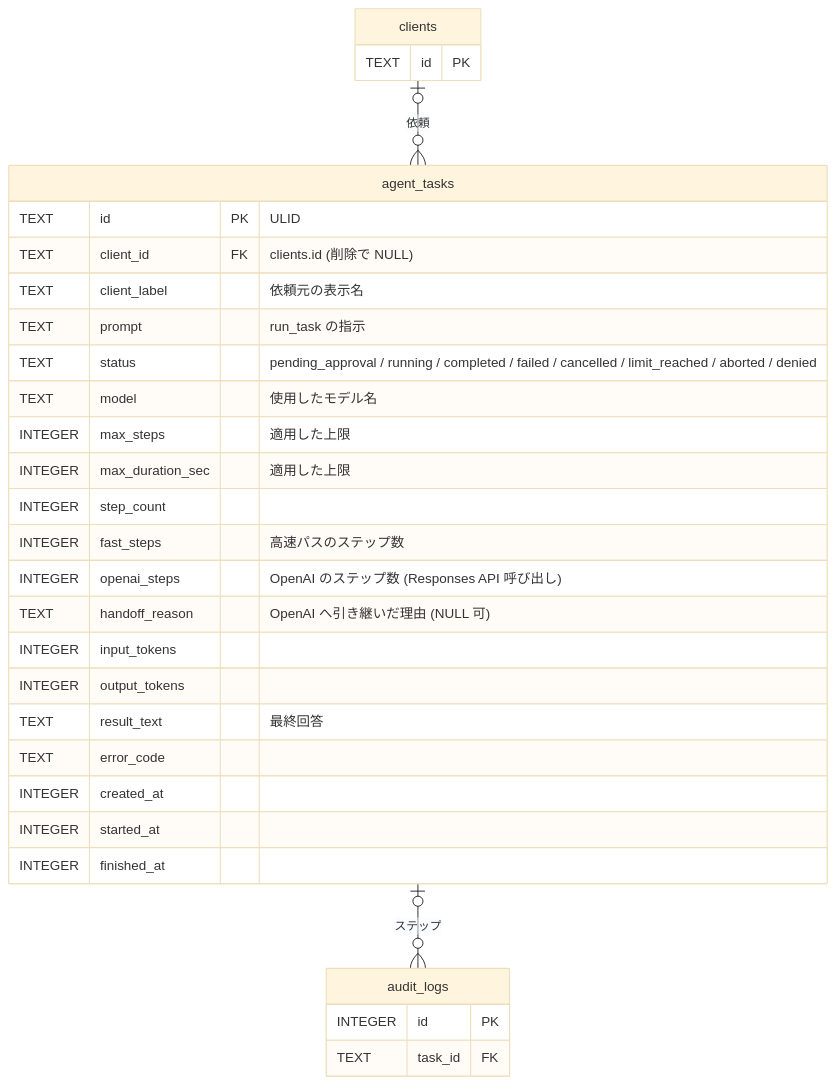
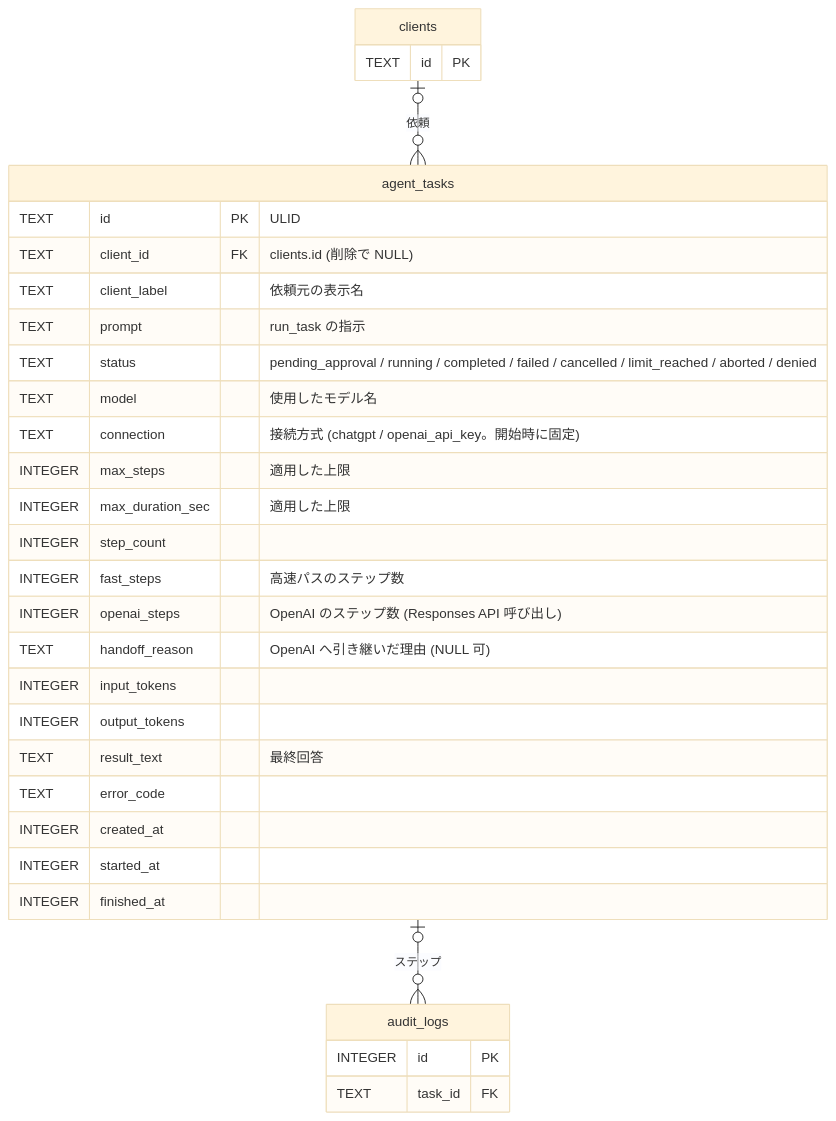
One commit to ousiassllc/puppet-remo changed the seventh of 9 diagrams in docs/architecture/er.md. Above: the diagram before and after it, drawn with Mermaid (base theme). The commit also changed other lines of this file and 5 other files, not shown here.

````diff
--- a/docs/architecture/er.md
+++ b/docs/architecture/er.md
@@ -299,33 +306,34 @@
 ```mermaid
 erDiagram
     agent_tasks {
         TEXT id PK "ULID"
         TEXT client_id FK "clients.id (削除で NULL)"
         TEXT client_label "依頼元の表示名"
         TEXT prompt "run_task の指示"
         TEXT status "pending_approval / running / completed / failed / cancelled / limit_reached / aborted / denied"
         TEXT model "使用したモデル名"
+        TEXT connection "接続方式 (chatgpt / openai_api_key。開始時に固定)"
         INTEGER max_steps "適用した上限"
         INTEGER max_duration_sec "適用した上限"
         INTEGER step_count
         INTEGER fast_steps "高速パスのステップ数"
         INTEGER openai_steps "OpenAI のステップ数 (Responses API 呼び出し)"
         TEXT handoff_reason "OpenAI へ引き継いだ理由 (NULL 可)"
         INTEGER input_tokens
         INTEGER output_tokens
         TEXT result_text "最終回答"
         TEXT error_code
         INTEGER created_at
         INTEGER started_at
         INTEGER finished_at
     }
     clients {
         TEXT id PK
     }
     audit_logs {
         INTEGER id PK
         TEXT task_id FK
     }
     clients |o--o{ agent_tasks : "依頼"
     agent_tasks |o--o{ audit_logs : "ステップ"
 ```
````
